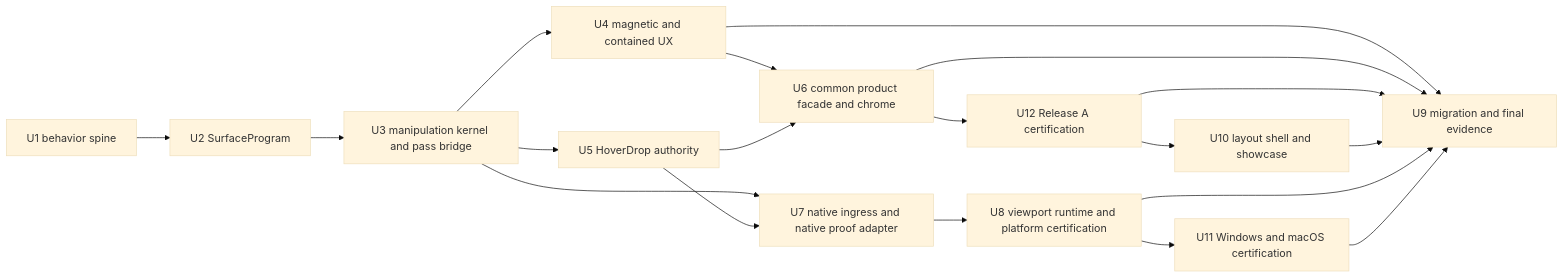
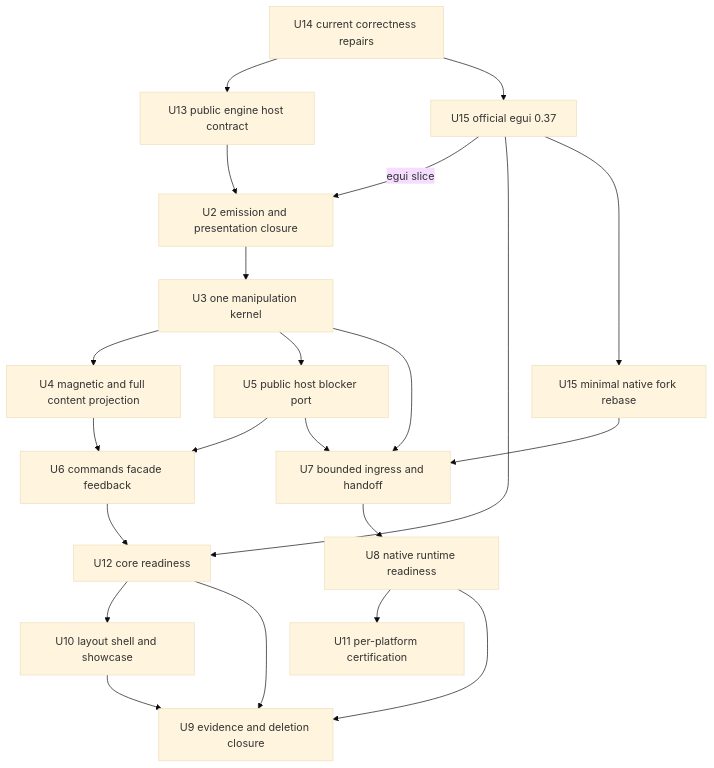
One commit to Latias94/egui_docking changed the fourth of 4 diagrams in docs/plans/2026-08-21-1357-refactor-dockspace-direct-manipulation-experience-plan.md. Above: the diagram before and after it, drawn with Mermaid (base theme). The commit also changed other lines of this file and 3 other files, not shown here.

Commit message:
docs(plan): prioritize engine host integration and egui validation

````diff
--- a/docs/plans/2026-08-21-1357-refactor-dockspace-direct-manipulation-experience-plan.md
+++ b/docs/plans/2026-08-21-1357-refactor-dockspace-direct-manipulation-experience-plan.md
@@ -436,21 +353,24 @@
 ```mermaid
-flowchart LR
-  U1[U1 behavior spine] --> U2[U2 SurfaceProgram]
-  U2 --> U3[U3 manipulation kernel and pass bridge]
-  U3 --> U4[U4 magnetic and contained UX]
-  U3 --> U5[U5 HoverDrop authority]
-  U4 --> U6[U6 common product facade and chrome]
+flowchart TB
+  U14[U14 current correctness repairs] --> U13[U13 public engine host contract]
+  U14 --> U15A[U15 official egui 0.37]
+  U13 --> U2[U2 emission and presentation closure]
+  U15A -->|egui slice| U2
+  U2 --> U3[U3 one manipulation kernel]
+  U3 --> U4[U4 magnetic and full content projection]
+  U3 --> U5[U5 public host blocker port]
+  U4 --> U6[U6 commands facade feedback]
   U5 --> U6
-  U6 --> U12[U12 Release A certification]
-  U3 --> U7[U7 native ingress and native proof adapter]
+  U6 --> U12[U12 core readiness]
+  U15A --> U12
+  U12 --> U10[U10 layout shell and showcase]
+  U3 --> U7[U7 bounded ingress and handoff]
   U5 --> U7
-  U7 --> U8[U8 viewport runtime and platform certification]
-  U8 --> U11[U11 Windows and macOS certification]
-  U12 --> U10[U10 layout shell and showcase]
-  U4 --> U9[U9 migration and final evidence]
-  U6 --> U9
-  U12 --> U9
+  U15A --> U15B[U15 minimal native fork rebase]
+  U15B --> U7
+  U7 --> U8[U8 native runtime readiness]
+  U8 --> U11[U11 per-platform certification]
+  U12 --> U9[U9 evidence and deletion closure]
   U10 --> U9
   U8 --> U9
-  U11 --> U9
 ```
````
